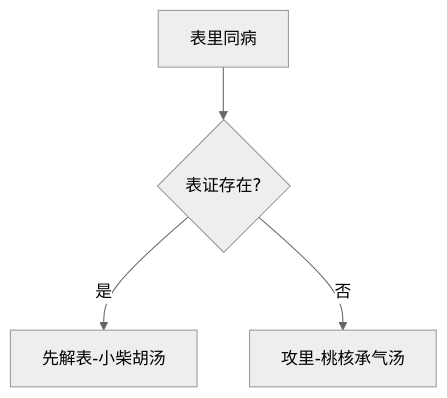
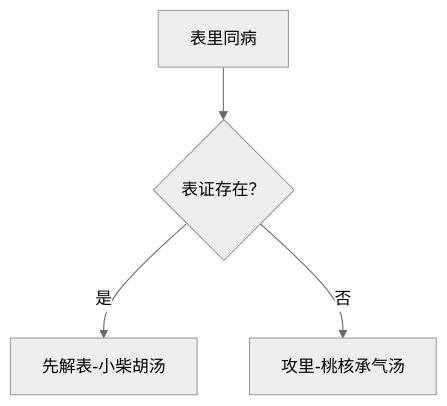
Before and after one commit to acuherb/acuherb.github.io: the diagram in posts/shanghanlun-119/index.md, drawn with Mermaid (neutral theme). The commit also changed other lines of this file and 697 other files, not shown here.

````diff
--- a/posts/shanghanlun-119/index.md
+++ b/posts/shanghanlun-119/index.md
@@ -95,6 +95,6 @@
 ```mermaid
 graph TB
-A[表里同病] --> B{表证存在?}
+A[表里同病] --> B{表证存在？}
 B -->|是| C[先解表-小柴胡汤]
 B -->|否| D[攻里-桃核承气汤]
 ```
````
